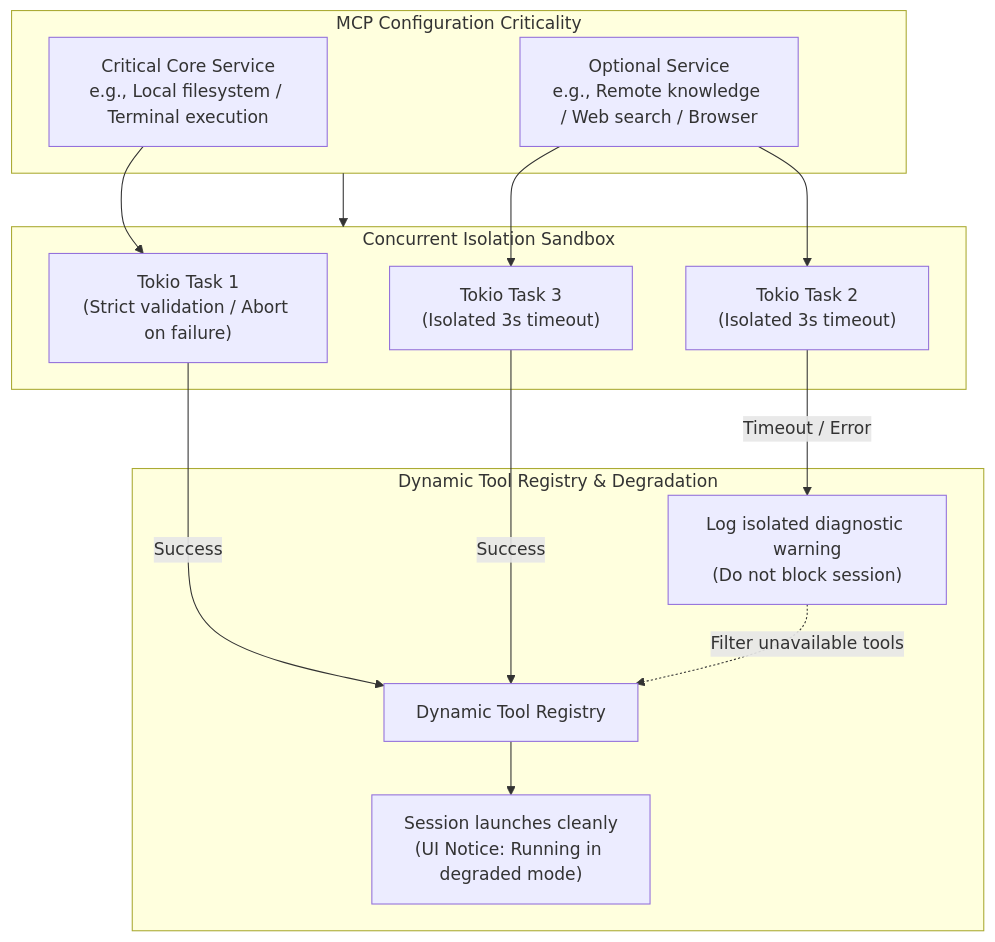
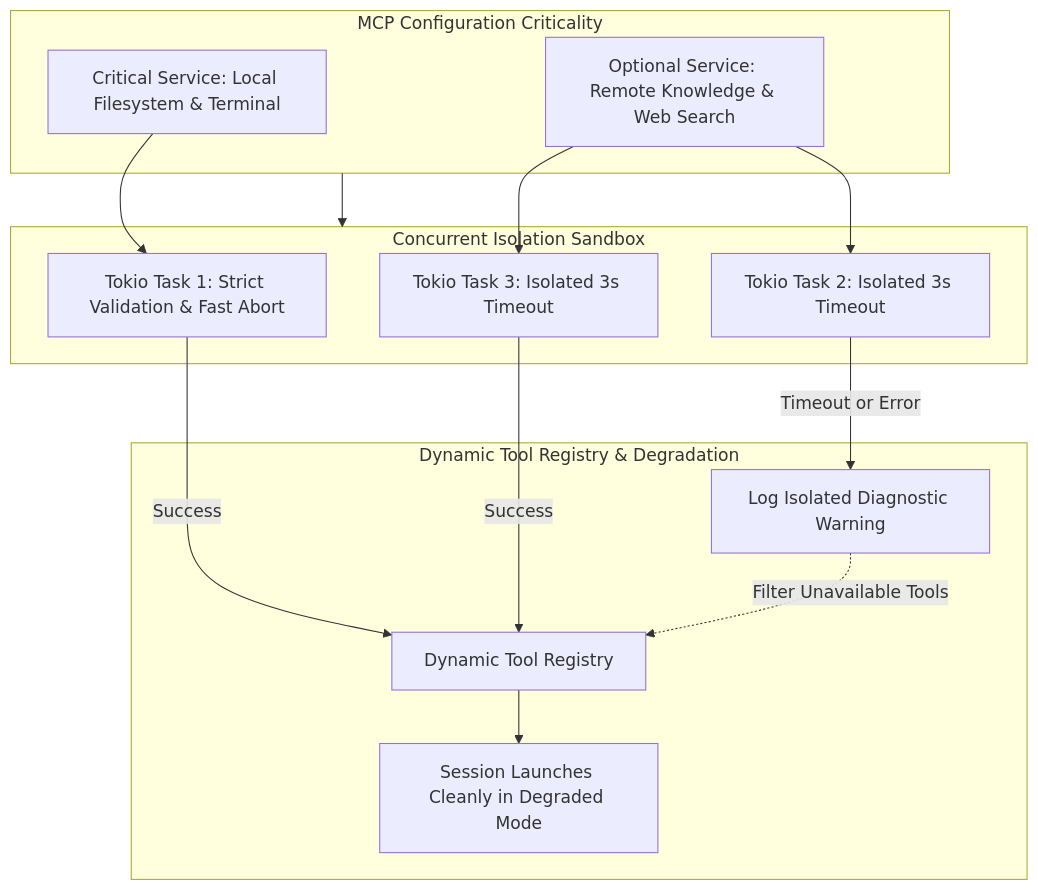
Before and after one commit to ferstar/blog: the diagram in content.en/posts/mcp-server-startup-isolation-and-graceful-degradation.md, drawn with Mermaid. The commit also changed 7 other files, not shown here.

Commit message:
fix(blog): sanitize mermaid syntax across all new agent posts

```diff
--- a/content.en/posts/mcp-server-startup-isolation-and-graceful-degradation.md
+++ b/content.en/posts/mcp-server-startup-isolation-and-graceful-degradation.md
@@ -24,23 +24,23 @@
 {{< mermaid >}}
 flowchart TD
-  subgraph Config["MCP Configuration Criticality"]
-    C1["Critical Core Service<br/>e.g., Local filesystem / Terminal execution"]
-    C2["Optional Service<br/>e.g., Remote knowledge / Web search / Browser"]
+  subgraph Config[MCP Configuration Criticality]
+    C1[Critical Service: Local Filesystem & Terminal]
+    C2[Optional Service: Remote Knowledge & Web Search]
   end
 
-  subgraph Startup["Concurrent Isolation Sandbox"]
-    C1 --> T1["Tokio Task 1<br/>(Strict validation / Abort on failure)"]
-    C2 --> T2["Tokio Task 2<br/>(Isolated 3s timeout)"]
-    C2 --> T3["Tokio Task 3<br/>(Isolated 3s timeout)"]
+  subgraph Startup[Concurrent Isolation Sandbox]
+    C1 --> T1[Tokio Task 1: Strict Validation & Fast Abort]
+    C2 --> T2[Tokio Task 2: Isolated 3s Timeout]
+    C2 --> T3[Tokio Task 3: Isolated 3s Timeout]
   end
 
-  subgraph Outcome["Dynamic Tool Registry & Degradation"]
-    T1 -- Success --> R[Dynamic Tool Registry]
-    T2 -- Timeout / Error --> D["Log isolated diagnostic warning<br/>(Do not block session)"]
-    T3 -- Success --> R
-    D -. Filter unavailable tools .-> R
-    R --> S["Session launches cleanly<br/>(UI Notice: Running in degraded mode)"]
+  subgraph Outcome[Dynamic Tool Registry & Degradation]
+    T1 -->|Success| R[Dynamic Tool Registry]
+    T2 -->|Timeout or Error| D[Log Isolated Diagnostic Warning]
+    T3 -->|Success| R
+    D -.->|Filter Unavailable Tools| R
+    R --> S[Session Launches Cleanly in Degraded Mode]
   end
 
   Config --> Startup
 {{< /mermaid >}}
```
